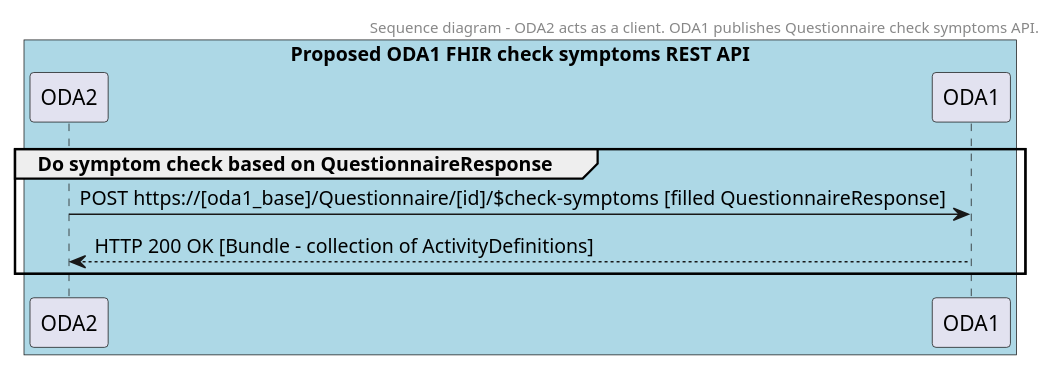
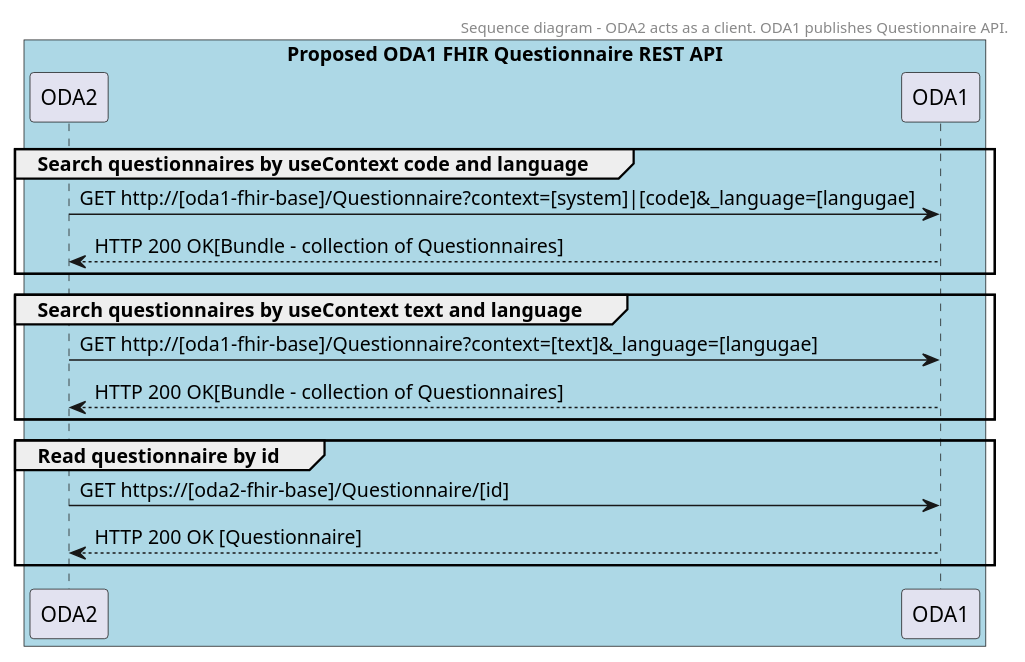
The diagram in ODA1-ODA2-questionnaire-api-proposal/oda2-oda1-questionnaire-api.puml (omahoito/rfc), drawn with PlantUML before and after one commit.

Commit message:
MT-654 ODA1 Questionnaire API proposal

```diff
--- a/ODA1-ODA2-questionnaire-api-proposal/oda2-oda1-questionnaire-api.puml
+++ b/ODA1-ODA2-questionnaire-api-proposal/oda2-oda1-questionnaire-api.puml
@@ -1,19 +1,29 @@
 @startuml
 header
-Sequence diagram - ODA2 acts as a client. ODA1 publishes Questionnaire check symptoms API.
+Sequence diagram - ODA2 acts as a client. ODA1 publishes Questionnaire API.
 endheader
 
 participant ODA2
 participant ODA1
 
-box "Proposed ODA1 FHIR check symptoms REST API" #LightBlue
+box "Proposed ODA1 FHIR Questionnaire REST API" #LightBlue
 	participant ODA2
 	participant ODA1
 end box
 
-group Do symptom check based on QuestionnaireResponse
-ODA2 -> ODA1: POST https://[oda1_base]/Questionnaire/[id]/$check-symptoms [filled QuestionnaireResponse]
-ODA2 <-- ODA1: HTTP 200 OK [Bundle - collection of ActivityDefinitions]
+group Search questionnaires by useContext code and language
+ODA2 -> ODA1: GET http://[oda1-fhir-base]/Questionnaire?context=[system]|[code]&_language=[langugae]
+ODA2 <-- ODA1: HTTP 200 OK[Bundle - collection of Questionnaires]
+end
+
+group Search questionnaires by useContext text and language
+ODA2 -> ODA1: GET http://[oda1-fhir-base]/Questionnaire?context=[text]&_language=[langugae]
+ODA2 <-- ODA1: HTTP 200 OK[Bundle - collection of Questionnaires]
+end
+
+group Read questionnaire by id
+ODA2 -> ODA1: GET https://[oda2-fhir-base]/Questionnaire/[id]
+ODA2 <-- ODA1: HTTP 200 OK [Questionnaire]
 end
 
 @enduml
```
